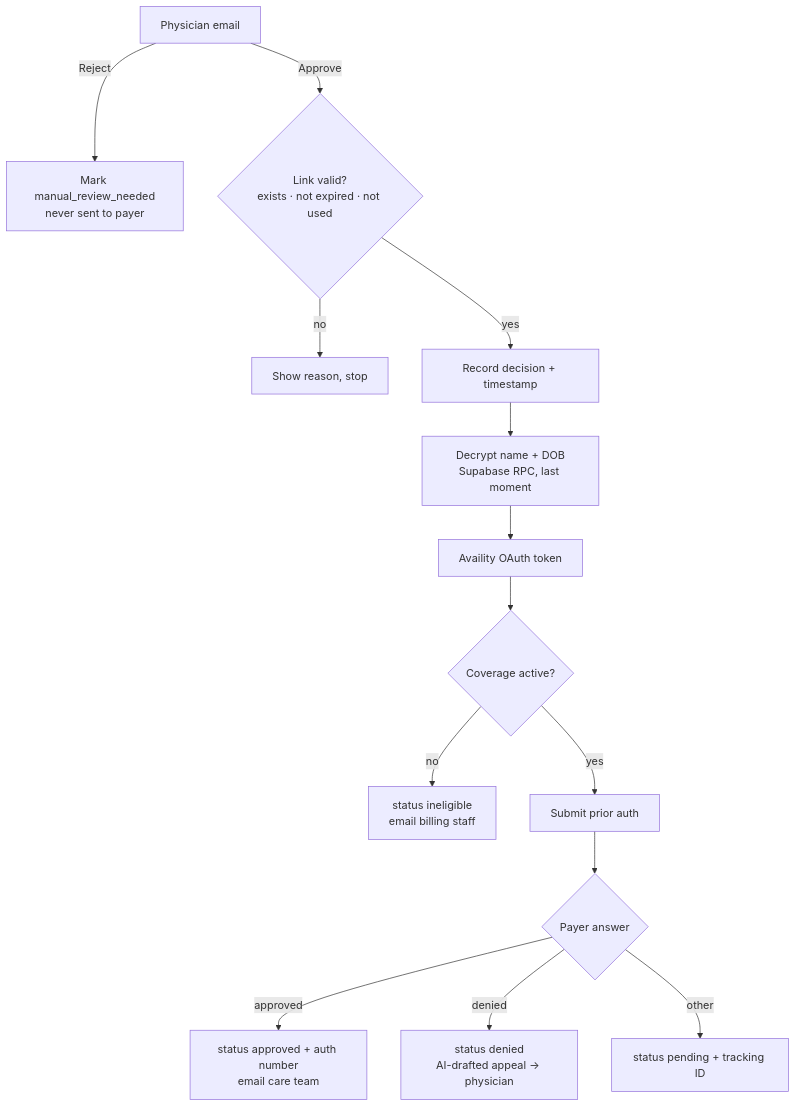
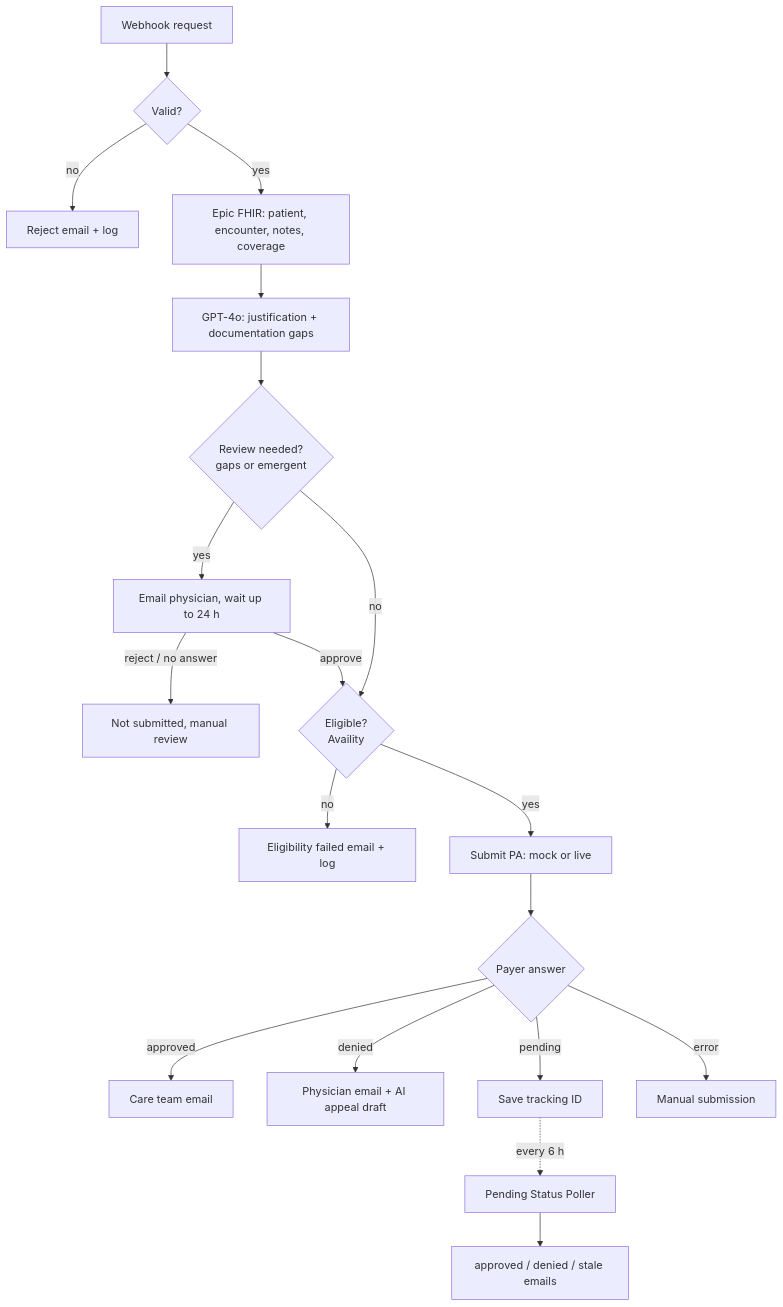
One commit to venneladavunuri98-cloud/prior-authorization-approval changed the diagram in README.md. Above: the diagram before and after it, drawn with Mermaid. The commit also changed other lines of this file and 1 other file, not shown here.

````diff
--- a/README.md
+++ b/README.md
@@ -16,16 +28,21 @@
 ```mermaid
 flowchart TD
-    E[Physician email] -->|Reject| R[Mark manual_review_needed<br/>never sent to payer]
-    E -->|Approve| V{Link valid?<br/>exists · not expired · not used}
-    V -->|no| X[Show reason, stop]
-    V -->|yes| D[Record decision + timestamp]
-    D --> P[Decrypt name + DOB<br/>Supabase RPC, last moment]
-    P --> T[Availity OAuth token]
-    T --> EL{Coverage active?}
-    EL -->|no| I[status ineligible<br/>email billing staff]
-    EL -->|yes| S[Submit prior auth]
-    S --> A{Payer answer}
-    A -->|approved| AP[status approved + auth number<br/>email care team]
-    A -->|denied| DN[status denied<br/>AI-drafted appeal → physician]
-    A -->|other| PE[status pending + tracking ID]
+    W[Webhook request] --> V{Valid?}
+    V -->|no| RJ[Reject email + log]
+    V -->|yes| F[Epic FHIR: patient, encounter, notes, coverage]
+    F --> AI[GPT-4o: justification + documentation gaps]
+    AI --> PR{Review needed?<br/>gaps or emergent}
+    PR -->|yes| PH[Email physician, wait up to 24 h]
+    PH -->|reject / no answer| NS[Not submitted, manual review]
+    PH -->|approve| EL
+    PR -->|no| EL{Eligible?<br/>Availity}
+    EL -->|no| EF[Eligibility failed email + log]
+    EL -->|yes| SUB[Submit PA: mock or live]
+    SUB --> O{Payer answer}
+    O -->|approved| AP[Care team email]
+    O -->|denied| DN[Physician email + AI appeal draft]
+    O -->|pending| PE[Save tracking ID]
+    O -->|error| ER[Manual submission]
+    PE -.every 6 h.-> POLL[Pending Status Poller]
+    POLL --> AP2[approved / denied / stale emails]
 ```
````
